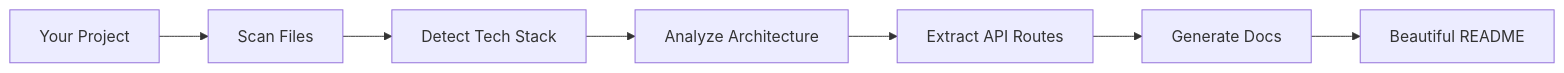
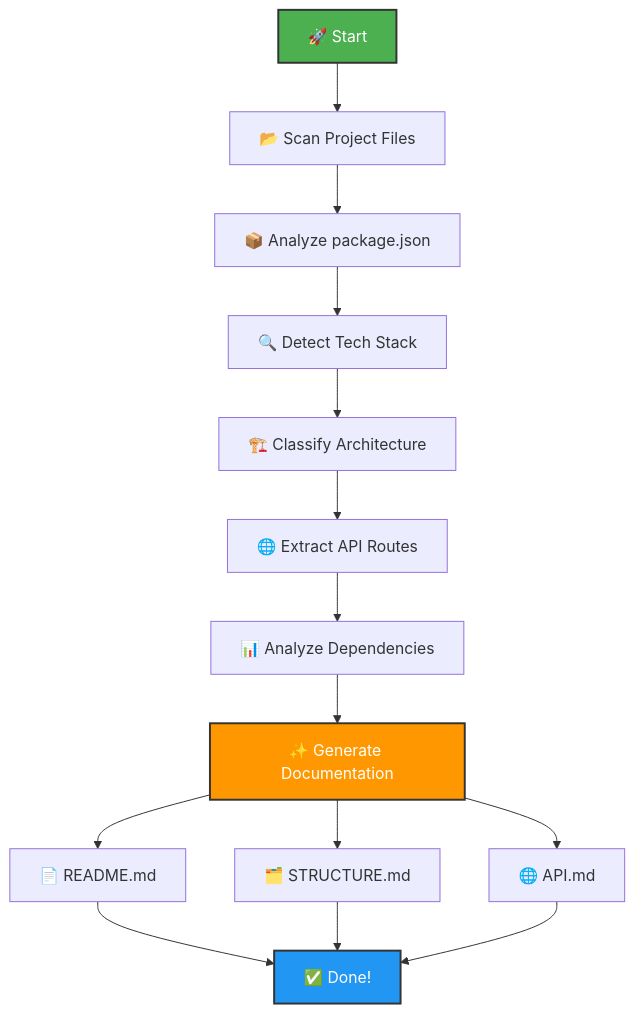
One commit to its-rahul-r15/repo-docgen changed the diagram in README.md. Above: the diagram before and after it, drawn with Mermaid. The commit also changed other lines of this file and 7 other files, not shown here.

````diff
--- a/README.md
+++ b/README.md
@@ -220,9 +422,20 @@
 ```mermaid
-graph LR
-    A[Your Project] --> B[Scan Files]
-    B --> C[Detect Tech Stack]
-    C --> D[Analyze Architecture]
-    D --> E[Extract API Routes]
-    E --> F[Generate Docs]
-    F --> G[Beautiful README]
+graph TB
+    A[🚀 Start] --> B[📂 Scan Project Files]
+    B --> C[📦 Analyze package.json]
+    C --> D[🔍 Detect Tech Stack]
+    D --> E[🏗️ Classify Architecture]
+    E --> F[🌐 Extract API Routes]
+    F --> G[📊 Analyze Dependencies]
+    G --> H[✨ Generate Documentation]
+    H --> I[📄 README.md]
+    H --> J[🗂️ STRUCTURE.md]
+    H --> K[🌐 API.md]
+    I --> L[✅ Done!]
+    J --> L
+    K --> L
+    
+    style A fill:#4CAF50,stroke:#333,stroke-width:2px,color:#fff
+    style L fill:#2196F3,stroke:#333,stroke-width:2px,color:#fff
+    style H fill:#FF9800,stroke:#333,stroke-width:2px,color:#fff
 ```
````
